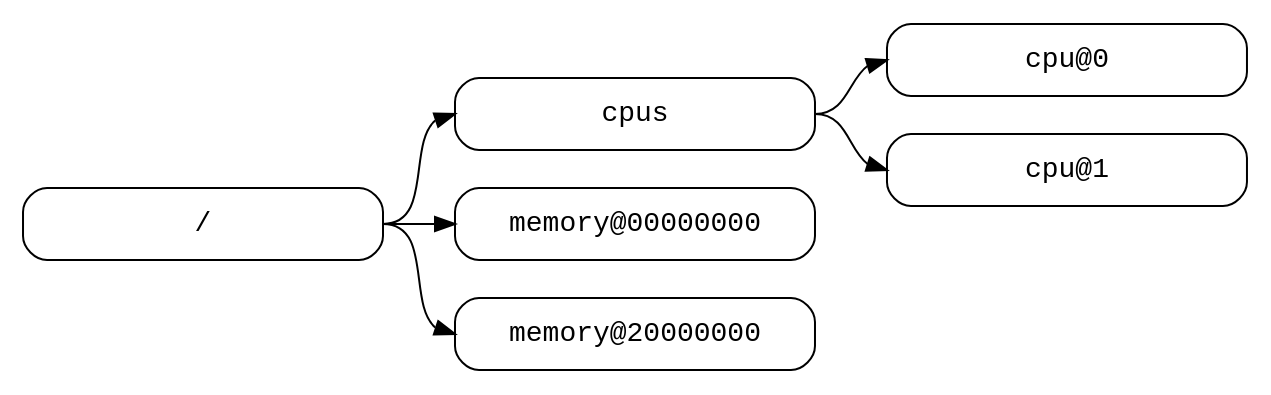
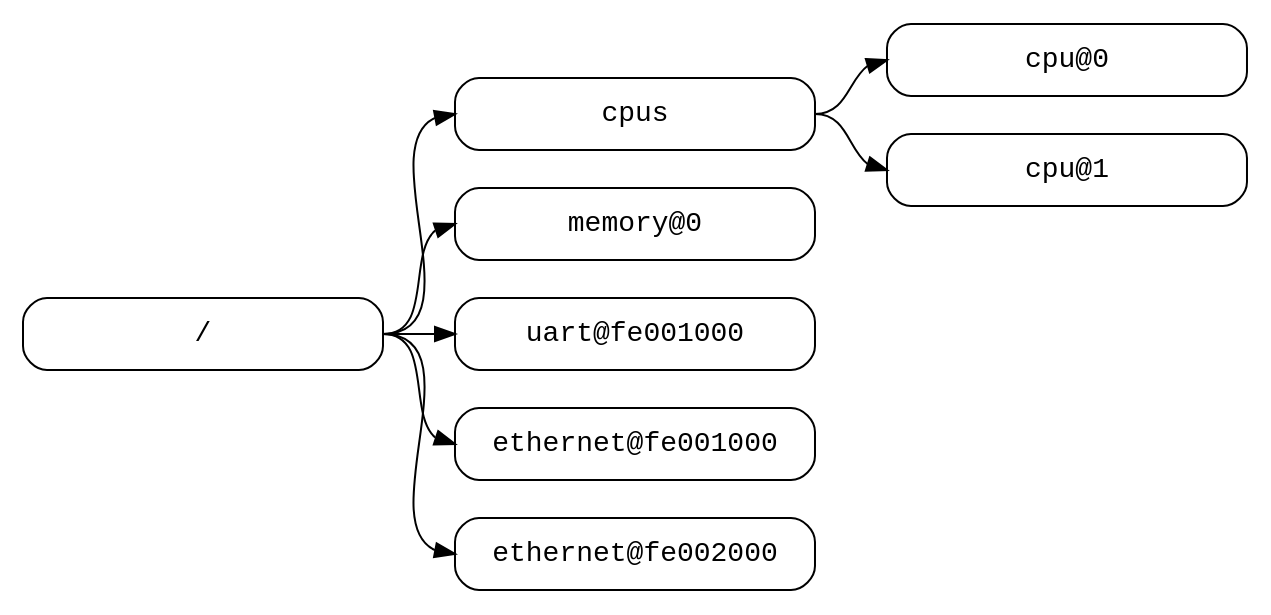
One commit to devicetree-org/devicetree-specification changed the second of 3 diagrams in source/devicetree-basics.rst. Above: the diagram before and after it, drawn with Graphviz. The commit also changed other lines of this file, not shown here.

First line of the commit message:
Add back figure 2.1 from ePAPR of a sample device tree

```diff
--- a/source/devicetree-basics.rst
+++ b/source/devicetree-basics.rst
@@ -45,12 +152,14 @@
 .. digraph:: tree
    :caption: Devicetree Example
 
    rankdir = LR;
    ranksep = equally;
    node [ shape="Mrecord"; width="2.5"; fontname = Courier; ];
 
-   "/":e    -> "cpus":w;
-   "cpus":e -> "cpu@0":w;
-   "cpus":e -> "cpu@1":w;
-   "/":e    -> "memory@00000000":w;
-   "/":e    -> "memory@20000000":w;
+   "/":e    -> "cpus":w
+   "cpus":e -> "cpu@0":w
+   "cpus":e -> "cpu@1":w
+   "/":e    -> "memory@0":w
+   "/":e    -> "uart@fe001000":w
+   "/":e    -> "ethernet@fe001000":w
+   "/":e    -> "ethernet@fe002000":w
```
